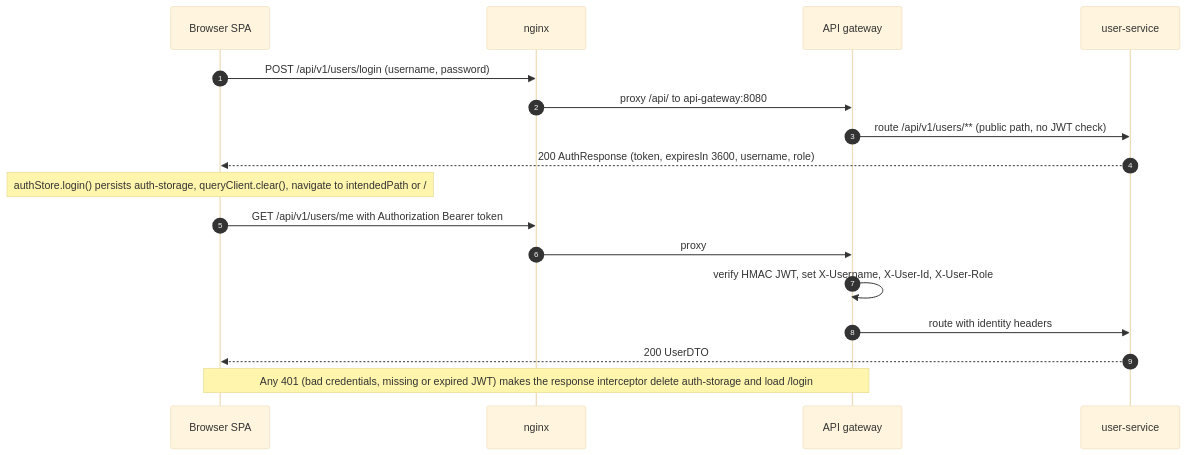
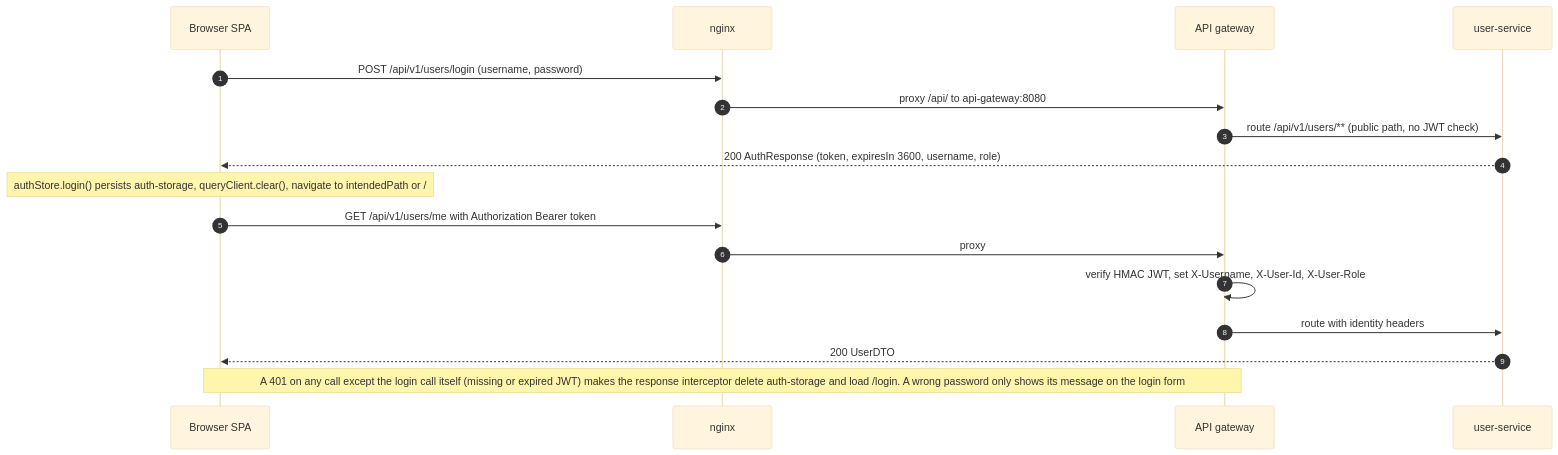
The first of 9 diagrams in docs/frontend.md (bmcnpnr/ecommerce-platform), drawn with Mermaid (base theme) before and after one commit. The commit also changed other lines of this file and 58 other files, not shown here.

````diff
--- a/docs/frontend.md
+++ b/docs/frontend.md
@@ -139,19 +161,19 @@
 ```mermaid
 sequenceDiagram
     autonumber
     participant B as Browser SPA
     participant N as nginx
     participant G as API gateway
     participant U as user-service
     B->>N: POST /api/v1/users/login (username, password)
     N->>G: proxy /api/ to api-gateway:8080
     G->>U: route /api/v1/users/** (public path, no JWT check)
     U-->>B: 200 AuthResponse (token, expiresIn 3600, username, role)
     Note over B: authStore.login() persists auth-storage, queryClient.clear(), navigate to intendedPath or /
     B->>N: GET /api/v1/users/me with Authorization Bearer token
     N->>G: proxy
     G->>G: verify HMAC JWT, set X-Username, X-User-Id, X-User-Role
     G->>U: route with identity headers
     U-->>B: 200 UserDTO
-    Note over B,G: Any 401 (bad credentials, missing or expired JWT) makes the response interceptor delete auth-storage and load /login
+    Note over B,G: A 401 on any call except the login call itself (missing or expired JWT) makes the response interceptor delete auth-storage and load /login. A wrong password only shows its message on the login form
 ```
````
